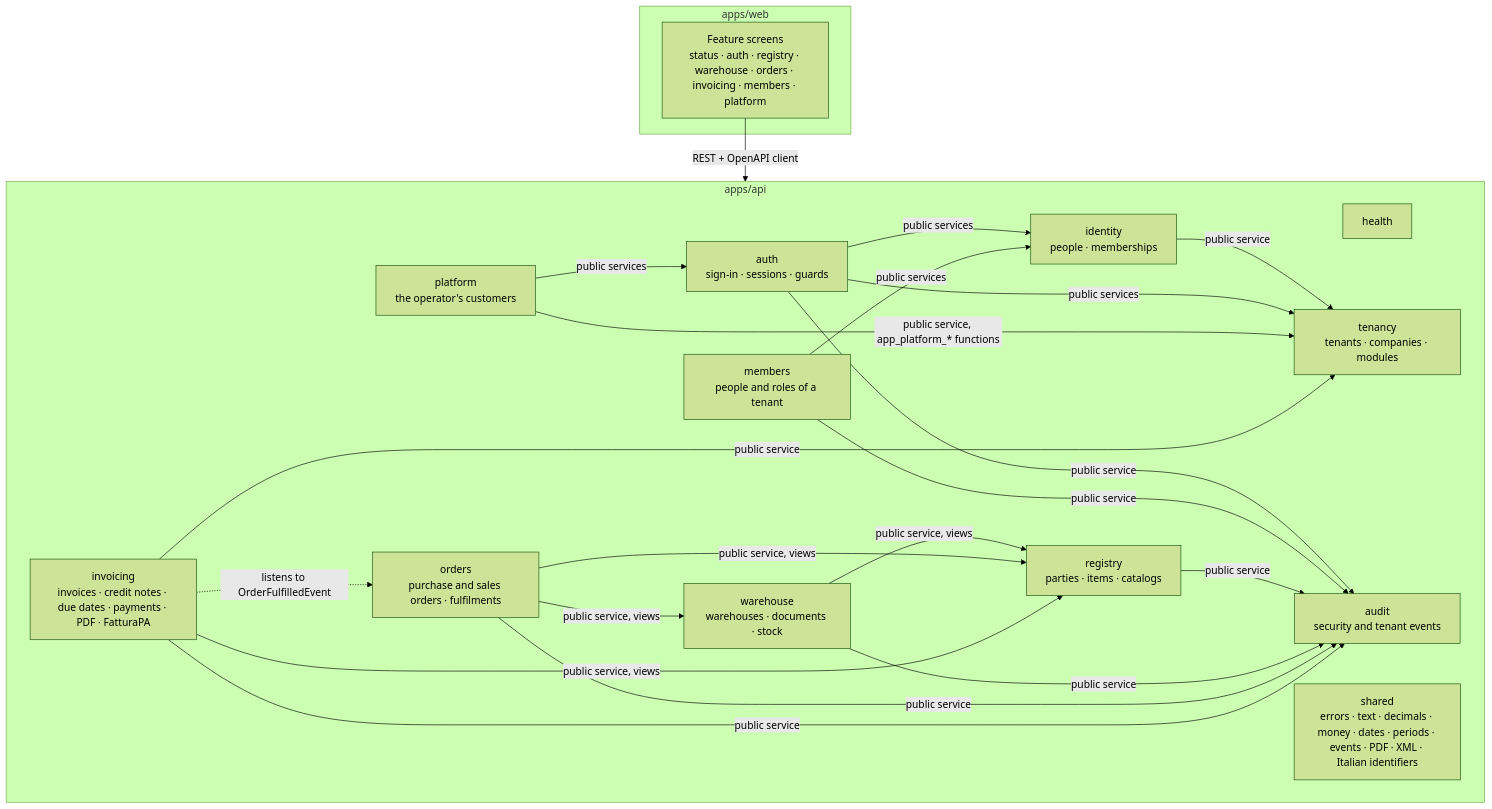
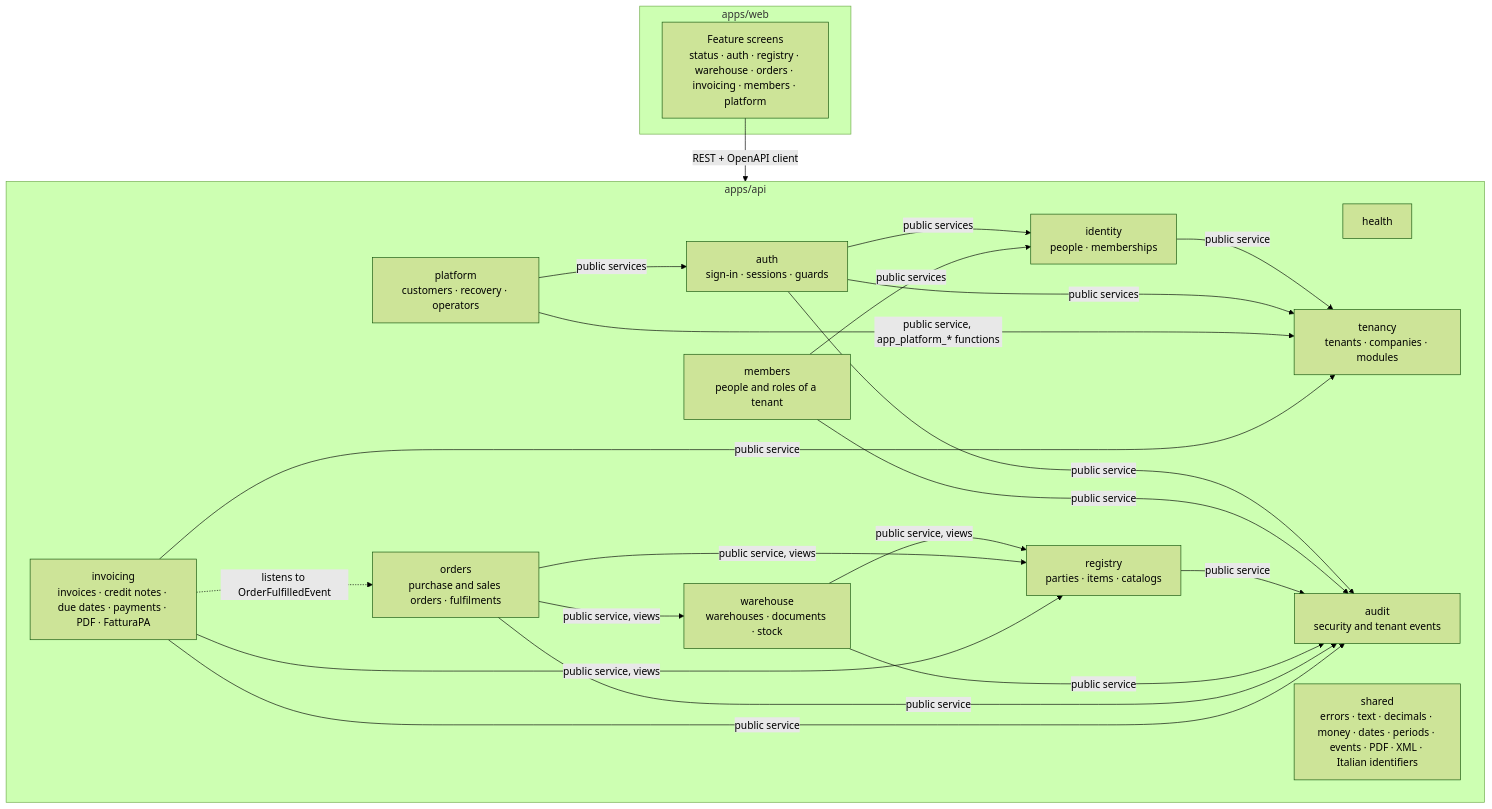
One commit to micheleg14/mercurio changed the seventh of 12 diagrams in docs/architecture.md. Above: the diagram before and after it, drawn with Mermaid (forest theme). The commit also changed other lines of this file and 5 other files, not shown here.

````diff
--- a/docs/architecture.md
+++ b/docs/architecture.md
@@ -228,41 +232,41 @@
 ```mermaid
 flowchart TB
     subgraph web[apps/web]
         ui[Feature screens<br/>status · auth · registry · warehouse · orders · invoicing · members · platform]
     end
 
     subgraph api[apps/api]
         health[health]
         tenancy[tenancy<br/>tenants · companies · modules]
         identity[identity<br/>people · memberships]
         auth[auth<br/>sign-in · sessions · guards]
         audit[audit<br/>security and tenant events]
         members[members<br/>people and roles of a tenant]
-        platform[platform<br/>the operator's customers]
+        platform[platform<br/>customers · recovery · operators]
         registry[registry<br/>parties · items · catalogs]
         warehouse[warehouse<br/>warehouses · documents · stock]
         orders[orders<br/>purchase and sales orders · fulfilments]
         invoicing[invoicing<br/>invoices · credit notes · due dates · payments · PDF · FatturaPA]
         shared[shared<br/>errors · text · decimals · money · dates · periods · events · PDF · XML · Italian identifiers]
     end
 
     ui -- REST + OpenAPI client --> api
     identity -- public service --> tenancy
     auth -- public services --> identity
     auth -- public services --> tenancy
     auth -- public service --> audit
     members -- public services --> identity
     members -- public service --> audit
     platform -- public services --> auth
     platform -- public service, app_platform_* functions --> tenancy
     registry -- public service --> audit
     warehouse -- public service, views --> registry
     warehouse -- public service --> audit
     orders -- public service, views --> registry
     orders -- public service, views --> warehouse
     orders -- public service --> audit
     invoicing -. listens to OrderFulfilledEvent .-> orders
     invoicing -- public service, views --> registry
     invoicing -- public service --> tenancy
     invoicing -- public service --> audit
 ```
````
